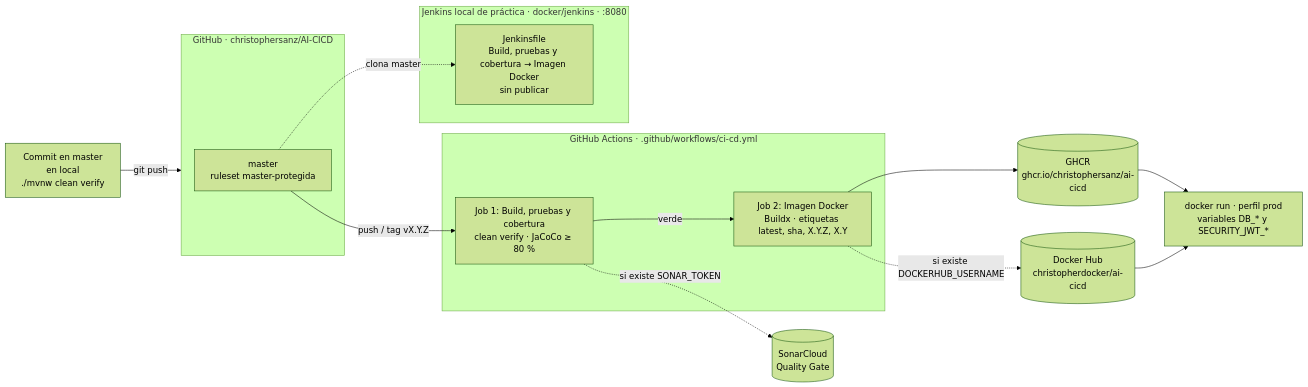
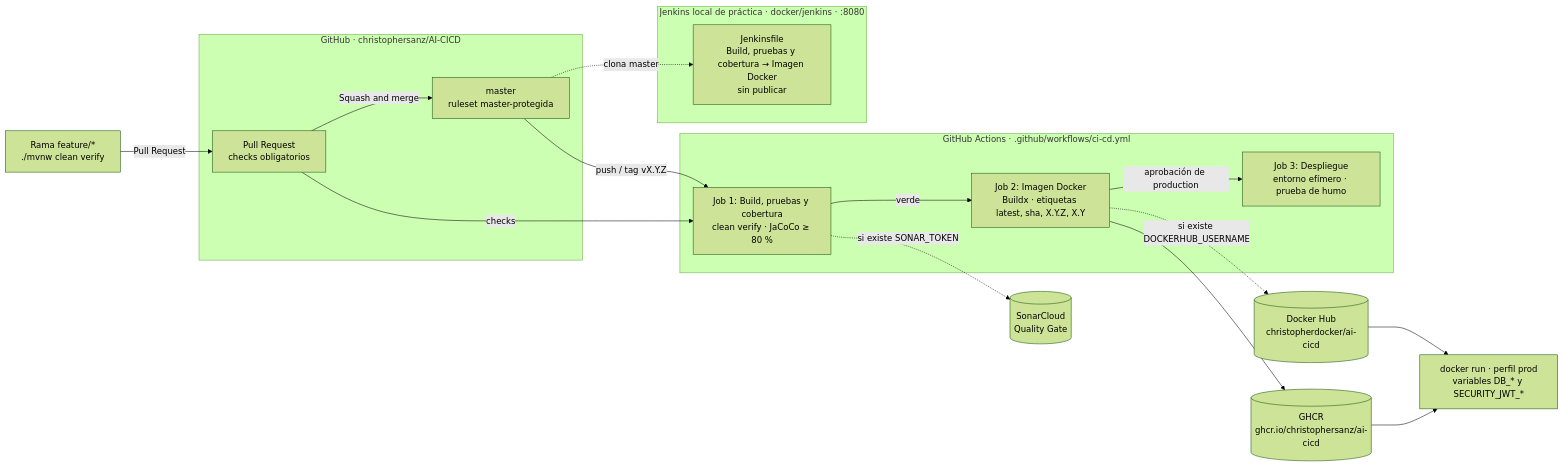
One commit to christophersanz/AI-CICD changed the third of 22 diagrams in docs/guides/arquitectura.md. Above: the diagram before and after it, drawn with Mermaid (forest theme). The commit also changed other lines of this file and 10 other files, not shown here.

First line of the commit message:
Exigir PR con checks y aprobar el despliegue antes de verificar la imagen (#1)

````diff
--- a/docs/guides/arquitectura.md
+++ b/docs/guides/arquitectura.md
@@ -72,26 +72,29 @@
 ```mermaid
 flowchart LR
-    DEV[Commit en master<br/>en local<br/>./mvnw clean verify] -->|git push| GH
+    DEV[Rama feature/*<br/>./mvnw clean verify] -->|Pull Request| PR
 
     subgraph GH[GitHub · christophersanz/AI-CICD]
-        MAIN[master<br/>ruleset master-protegida]
+        PR[Pull Request<br/>checks obligatorios] -->|Squash and merge| MAIN[master<br/>ruleset master-protegida]
     end
 
     subgraph GHA[GitHub Actions · .github/workflows/ci-cd.yml]
         B[Job 1: Build, pruebas y cobertura<br/>clean verify · JaCoCo ≥ 80 %]
         IMG[Job 2: Imagen Docker<br/>Buildx · etiquetas latest, sha, X.Y.Z, X.Y]
         B -->|verde| IMG
+        IMG -->|aprobación de production| DEP[Job 3: Despliegue<br/>entorno efímero · prueba de humo]
     end
+
+    PR -->|checks| B
 
     MAIN -->|push / tag vX.Y.Z| B
     B -.->|si existe SONAR_TOKEN| SONAR[(SonarCloud<br/>Quality Gate)]
     IMG --> GHCR[(GHCR<br/>ghcr.io/christophersanz/ai-cicd)]
     IMG -.->|si existe DOCKERHUB_USERNAME| DH[(Docker Hub<br/>christopherdocker/ai-cicd)]
     GHCR --> RUN[docker run · perfil prod<br/>variables DB_* y SECURITY_JWT_*]
     DH --> RUN
 
     subgraph JK[Jenkins local de práctica · docker/jenkins · :8080]
         JF[Jenkinsfile<br/>Build, pruebas y cobertura → Imagen Docker<br/>sin publicar]
     end
     MAIN -.->|clona master| JF
 ```
````
